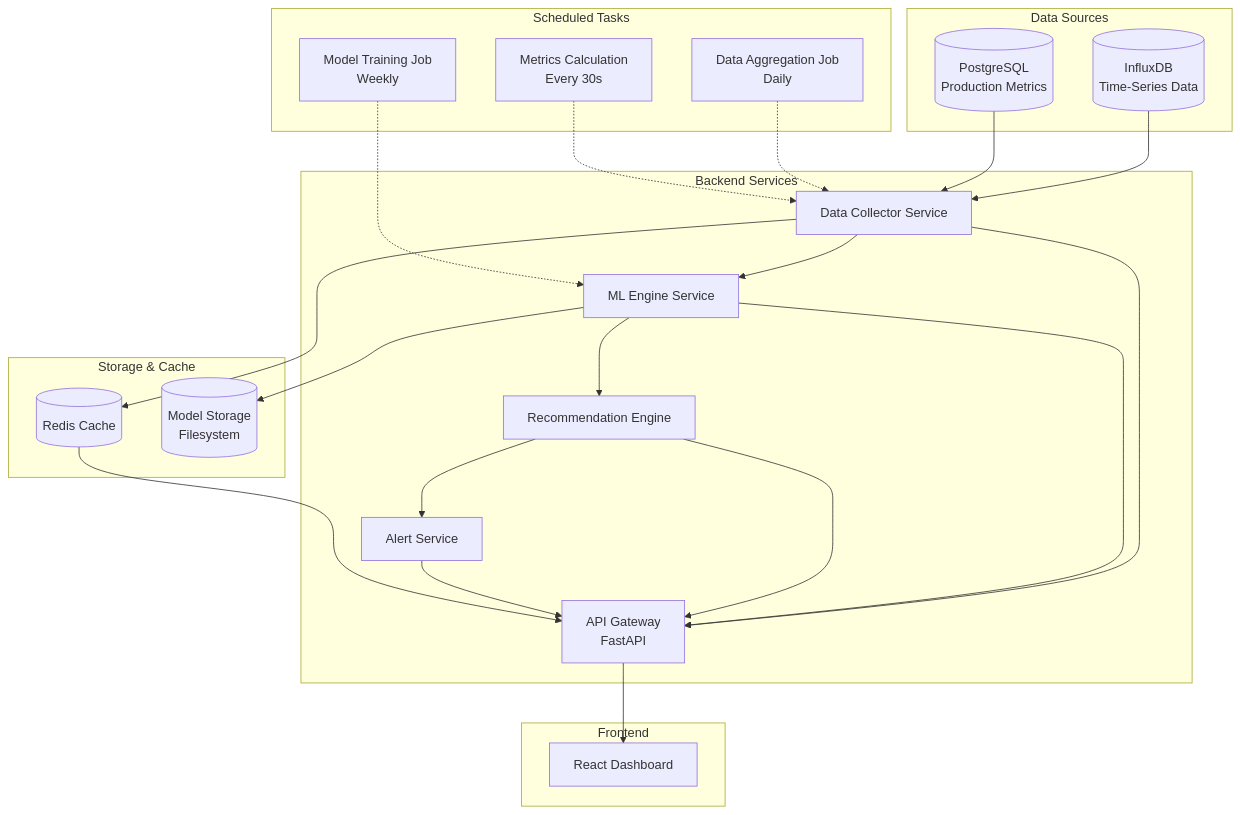
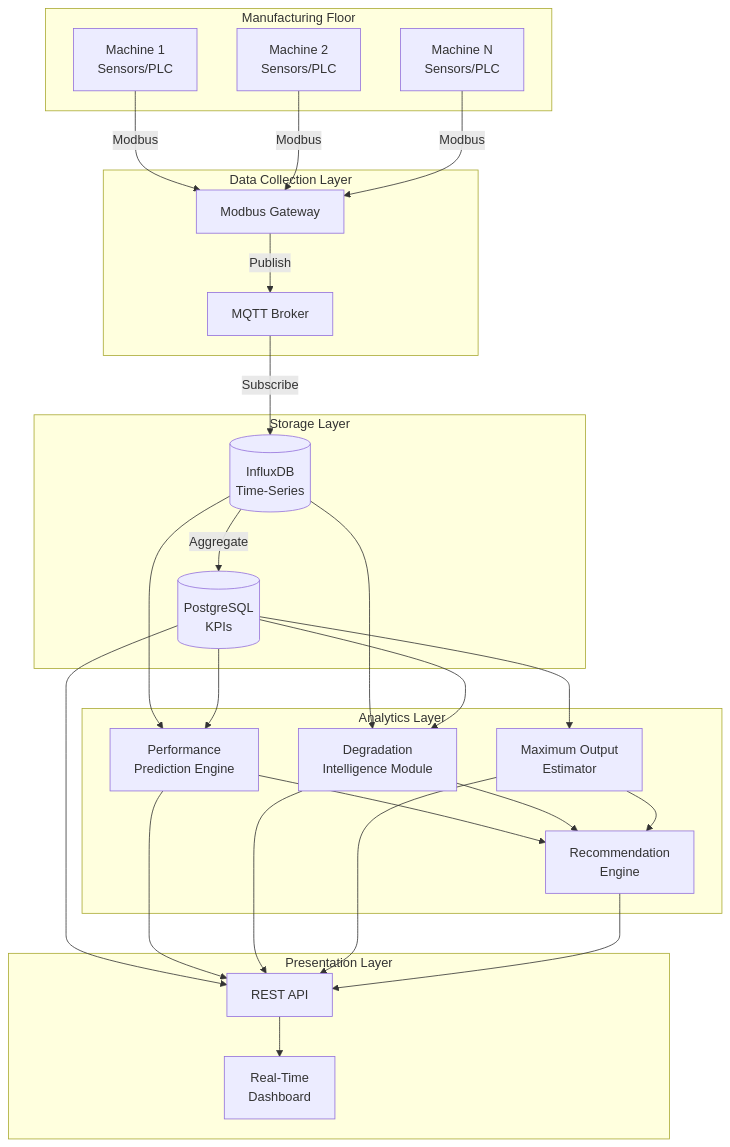
The diagram in design.md (Rohitashsingh89/ai-machine-performance-bharat), drawn with Mermaid before and after one commit. The commit also changed other lines of this file, not shown here.

````diff
--- a/design.md
+++ b/design.md
@@ -30,48 +18,51 @@
 ```mermaid
 graph TB
-    subgraph "Data Sources"
-        InfluxDB[(InfluxDB<br/>Time-Series Data)]
-        PostgreSQL[(PostgreSQL<br/>Production Metrics)]
+    subgraph "Manufacturing Floor"
+        M1[Machine 1<br/>Sensors/PLC]
+        M2[Machine 2<br/>Sensors/PLC]
+        M3[Machine N<br/>Sensors/PLC]
     end
     
-    subgraph "Backend Services"
-        DataCollector[Data Collector Service]
-        MLEngine[ML Engine Service]
-        RecommendationEngine[Recommendation Engine]
-        AlertService[Alert Service]
-        APIGateway[API Gateway<br/>FastAPI]
+    subgraph "Data Collection Layer"
+        MB[Modbus Gateway]
+        MQTT[MQTT Broker]
     end
     
-    subgraph "Storage & Cache"
-        Redis[(Redis Cache)]
-        ModelStore[(Model Storage<br/>Filesystem)]
+    subgraph "Storage Layer"
+        TSDB[(InfluxDB<br/>Time-Series)]
+        KPIDB[(PostgreSQL<br/>KPIs)]
     end
     
-    subgraph "Frontend"
-        Dashboard[React Dashboard]
+    subgraph "Analytics Layer"
+        PPE[Performance<br/>Prediction Engine]
+        DIM[Degradation<br/>Intelligence Module]
+        MOE[Maximum Output<br/>Estimator]
+        REC[Recommendation<br/>Engine]
     end
     
-    subgraph "Scheduled Tasks"
-        ModelTraining[Model Training Job<br/>Weekly]
-        DataAggregation[Data Aggregation Job<br/>Daily]
-        MetricsCalculation[Metrics Calculation<br/>Every 30s]
+    subgraph "Presentation Layer"
+        API[REST API]
+        DASH[Real-Time<br/>Dashboard]
     end
     
-    InfluxDB --> DataCollector
-    PostgreSQL --> DataCollector
-    DataCollector --> Redis
-    DataCollector --> MLEngine
-    MLEngine --> ModelStore
-    MLEngine --> RecommendationEngine
-    RecommendationEngine --> AlertService
-    DataCollector --> APIGateway
-    MLEngine --> APIGateway
-    RecommendationEngine --> APIGateway
-    AlertService --> APIGateway
-    Redis --> APIGateway
-    APIGateway --> Dashboard
-    
-    ModelTraining -.-> MLEngine
-    DataAggregation -.-> DataCollector
-    MetricsCalculation -.-> DataCollector
+    M1 -->|Modbus| MB
+    M2 -->|Modbus| MB
+    M3 -->|Modbus| MB
+    MB -->|Publish| MQTT
+    MQTT -->|Subscribe| TSDB
+    TSDB -->|Aggregate| KPIDB
+    TSDB --> PPE
+    TSDB --> DIM
+    KPIDB --> PPE
+    KPIDB --> DIM
+    KPIDB --> MOE
+    PPE --> REC
+    DIM --> REC
+    MOE --> REC
+    KPIDB --> API
+    PPE --> API
+    DIM --> API
+    MOE --> API
+    REC --> API
+    API --> DASH
 ```
````
